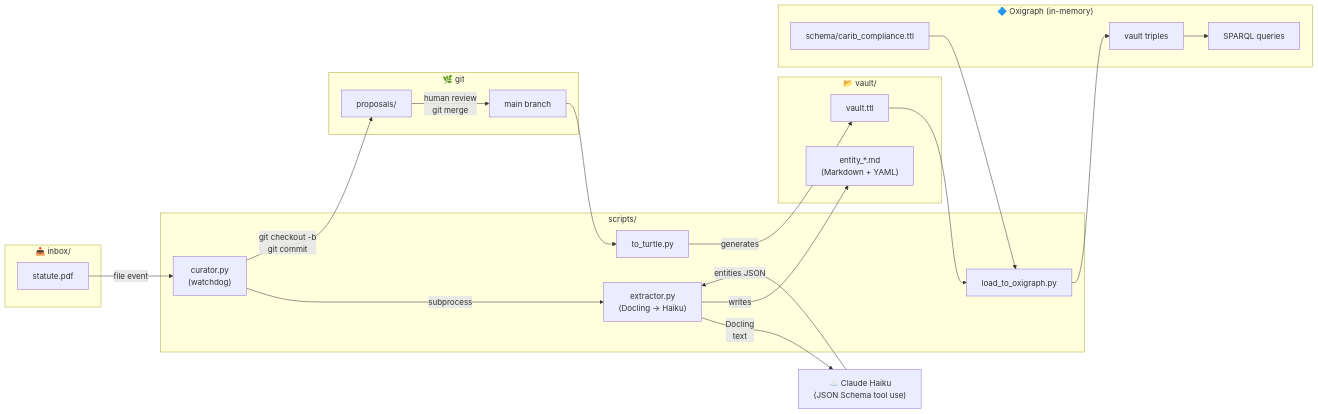
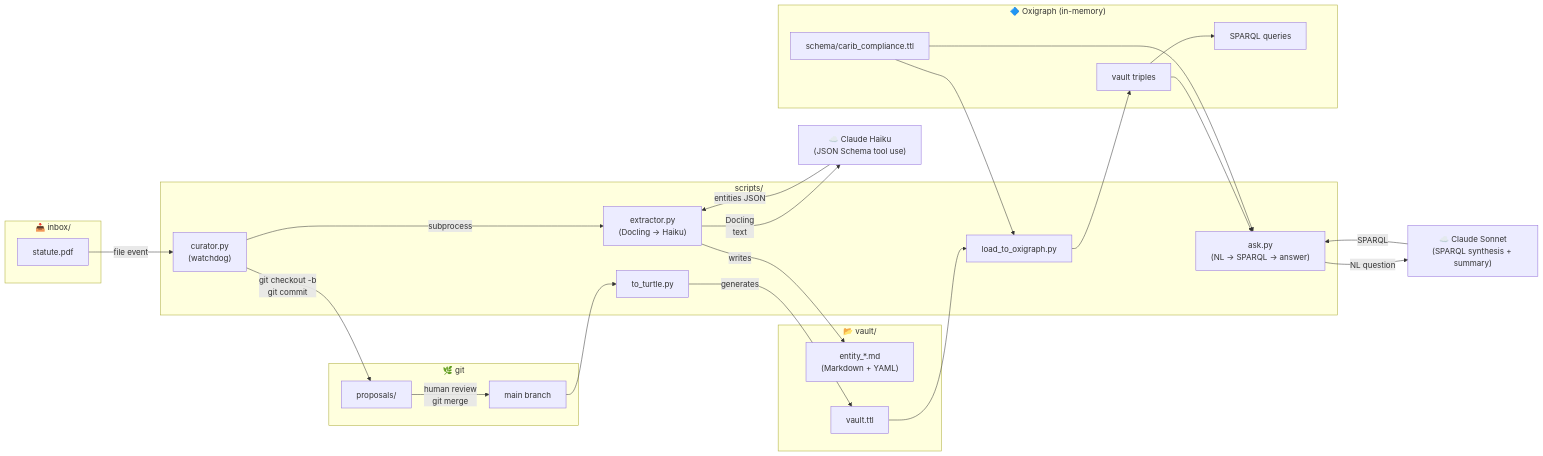
Before and after one commit to elroy-galbraith/carib-comp-ont: the diagram in README.md, drawn with Mermaid. The commit also changed other lines of this file and 2 other files, not shown here.

Commit message:
feat: add natural-language QA functionality with ask.py and update README and demo script

````diff
--- a/README.md
+++ b/README.md
@@ -49,43 +53,48 @@
 ```mermaid
 flowchart LR
     subgraph inbox["📥 inbox/"]
         PDF[statute.pdf]
     end
 
     subgraph scripts["scripts/"]
         curator["curator.py\n(watchdog)"]
         extractor["extractor.py\n(Docling → Haiku)"]
         to_turtle["to_turtle.py"]
         load["load_to_oxigraph.py"]
+        ask["ask.py\n(NL → SPARQL → answer)"]
     end
 
     subgraph vault["📂 vault/"]
         MD["entity_*.md\n(Markdown + YAML)"]
         TTL["vault.ttl"]
     end
 
     subgraph git["🌿 git"]
         main["main branch"]
         proposals["proposals/<doc-id>"]
     end
 
     subgraph store["🔷 Oxigraph (in-memory)"]
         schema["schema/carib_compliance.ttl"]
         triples["vault triples"]
         sparql["SPARQL queries"]
     end
 
     PDF -->|"file event"| curator
     curator -->|"subprocess"| extractor
     extractor -->|"Docling\ntext"| haiku["☁️ Claude Haiku\n(JSON Schema tool use)"]
     haiku -->|"entities JSON"| extractor
     extractor -->|"writes"| MD
     curator -->|"git checkout -b\ngit commit"| proposals
     proposals -->|"human review\ngit merge"| main
     main --> to_turtle
     to_turtle -->|"generates"| TTL
     TTL --> load
     schema --> load
     load --> triples
     triples --> sparql
+    triples --> ask
+    schema --> ask
+    ask -->|"NL question"| sonnet["☁️ Claude Sonnet\n(SPARQL synthesis + summary)"]
+    sonnet -->|"SPARQL"| ask
 ```
````
